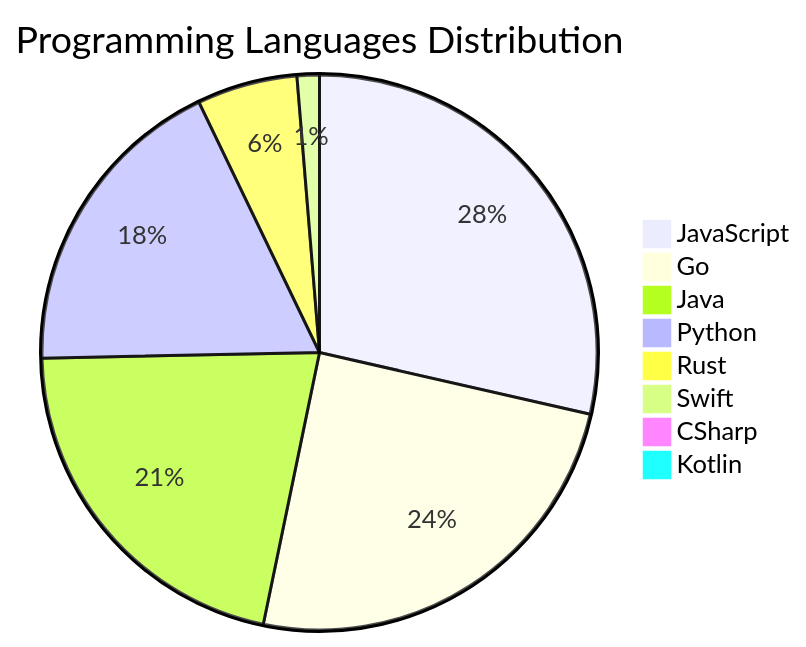
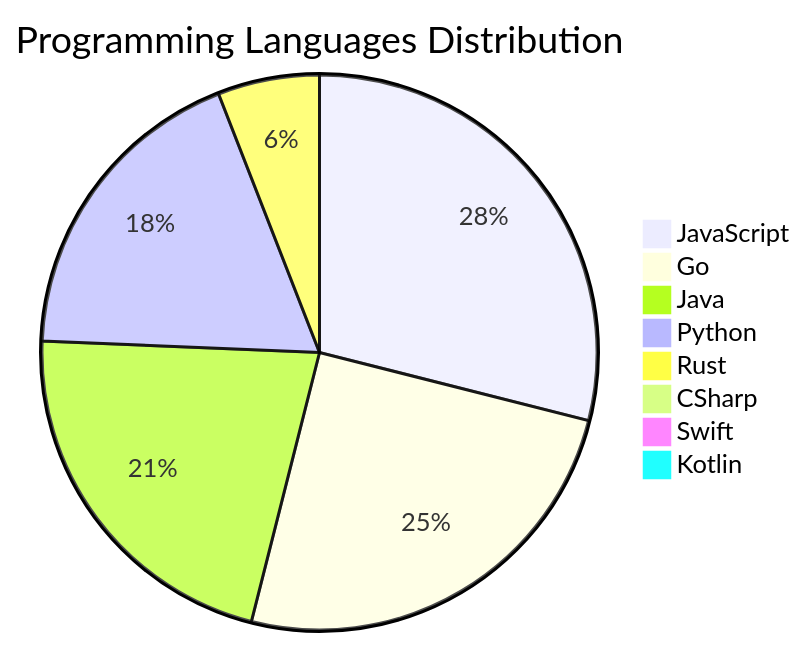
Before and after one commit to Derrick-MUGISHA/github-activity-bot: the diagram in README.md, drawn with Mermaid. The commit also changed other lines of this file and 4 other files, not shown here.

````diff
--- a/README.md
+++ b/README.md
@@ -208,11 +208,11 @@
 ```mermaid
 pie title Programming Languages Distribution
     "JavaScript" : 44
     "Go" : 38
     "Java" : 33
     "Python" : 28
     "Rust" : 9
-    "Swift" : 2
     "CSharp" : 1
+    "Swift" : 1
     "Kotlin" : 1
 ```
````
